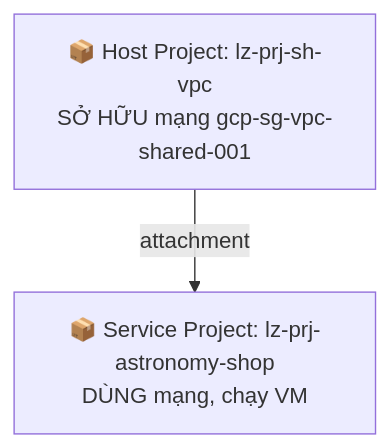
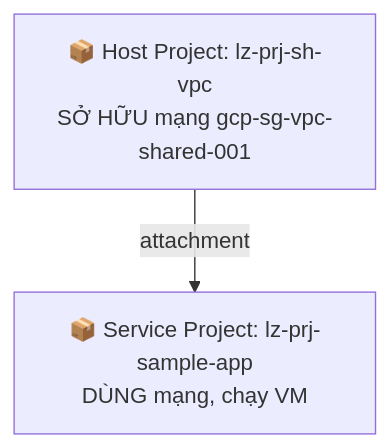
The third of 4 diagrams in docs/architecture.md (sontxdev04/Landing-Zone-GCP), drawn with Mermaid before and after one commit. The commit also changed other lines of this file and 23 other files, not shown here.

Commit message:
feat(template): rename astronomy-shop→sample-app, add sample VM for monitoring, ease docs copy-paste

````diff
--- a/docs/architecture.md
+++ b/docs/architecture.md
@@ -305,6 +305,6 @@
 ```mermaid
 flowchart TD
     Host["📦 Host Project: lz-prj-sh-vpc<br/>SỞ HỮU mạng gcp-sg-vpc-shared-001"]
-    Svc["📦 Service Project: lz-prj-astronomy-shop<br/>DÙNG mạng, chạy VM"]
+    Svc["📦 Service Project: lz-prj-sample-app<br/>DÙNG mạng, chạy VM"]
     Host -->|"attachment"| Svc
 ```
````
